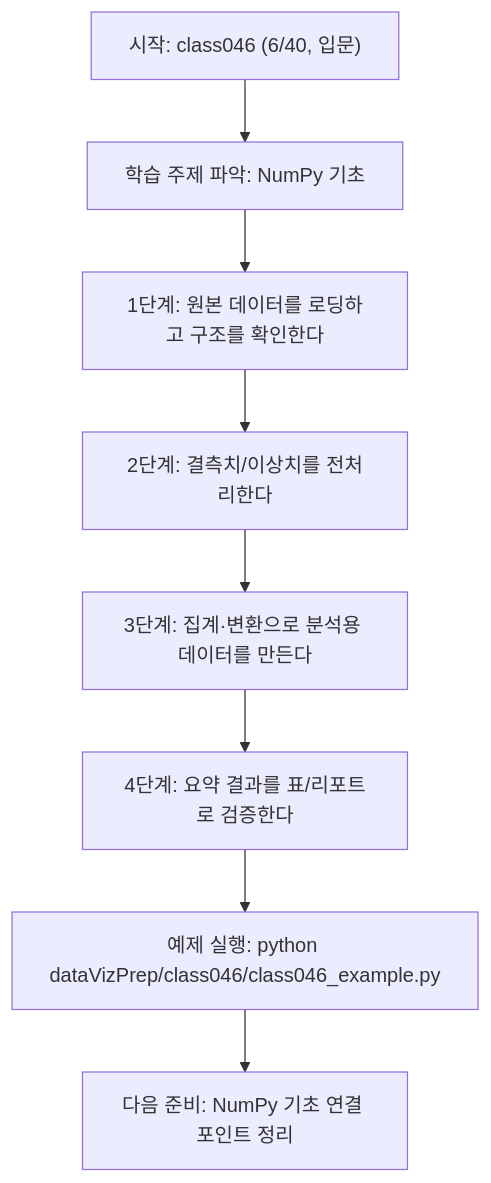
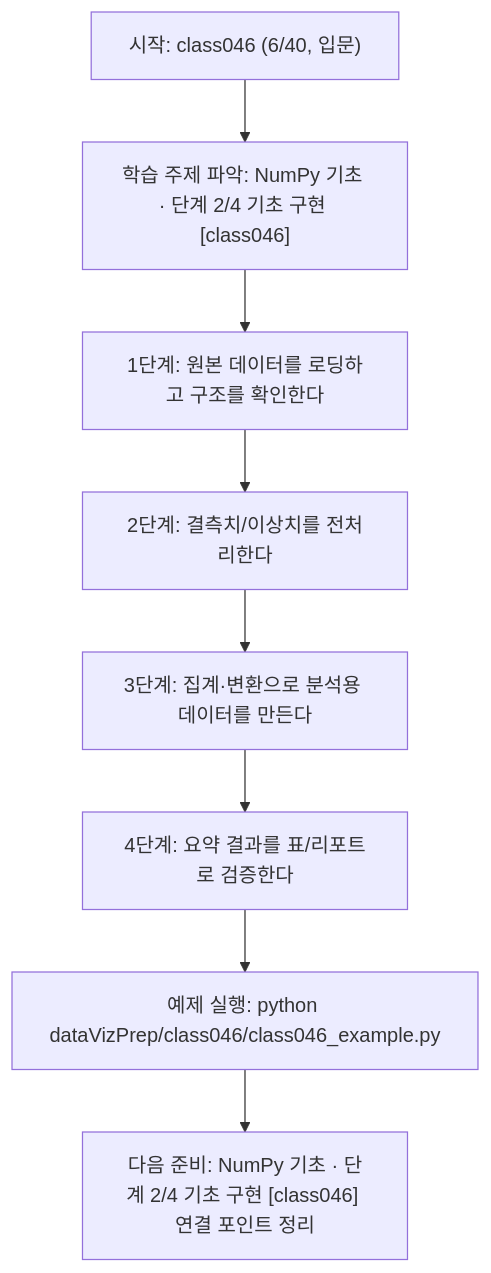
One commit to edumgt/Python-AI_Agent-Class changed the diagram in dataVizPrep/class046/class046.md. Above: the diagram before and after it, drawn with Mermaid. The commit also changed other lines of this file and 522 other files, not shown here.

````diff
--- a/dataVizPrep/class046/class046.md
+++ b/dataVizPrep/class046/class046.md
@@ -109,18 +110,18 @@
 ```mermaid
 flowchart TD
 N1["시작: class046 (6/40, 입문)"]
-N2["학습 주제 파악: NumPy 기초"]
+N2["학습 주제 파악: NumPy 기초 · 단계 2/4 기초 구현 [class046]"]
 N3["1단계: 원본 데이터를 로딩하고 구조를 확인한다"]
 N4["2단계: 결측치/이상치를 전처리한다"]
 N5["3단계: 집계·변환으로 분석용 데이터를 만든다"]
 N6["4단계: 요약 결과를 표/리포트로 검증한다"]
 N7["예제 실행: python dataVizPrep/class046/class046_example.py"]
-N8["다음 준비: NumPy 기초 연결 포인트 정리"]
+N8["다음 준비: NumPy 기초 · 단계 2/4 기초 구현 [class046] 연결 포인트 정리"]
 N1 --> N2
 N2 --> N3
 N3 --> N4
 N4 --> N5
 N5 --> N6
 N6 --> N7
 N7 --> N8
 ```
````
